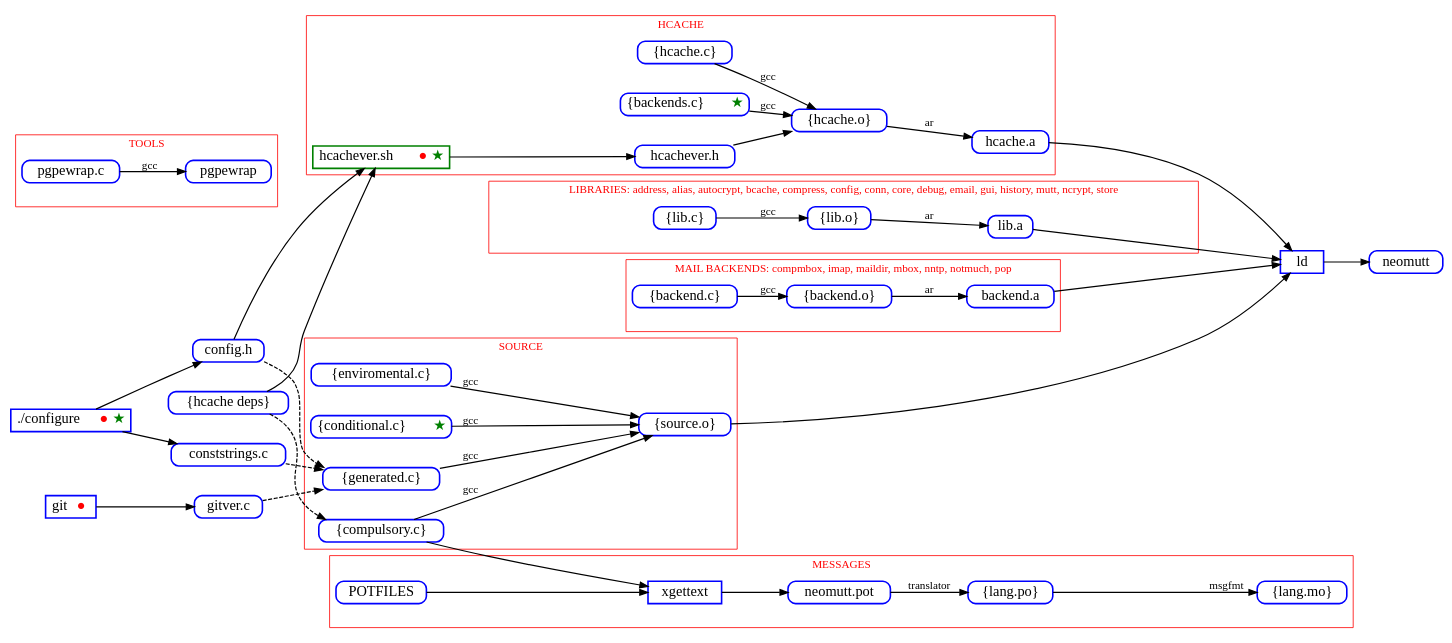
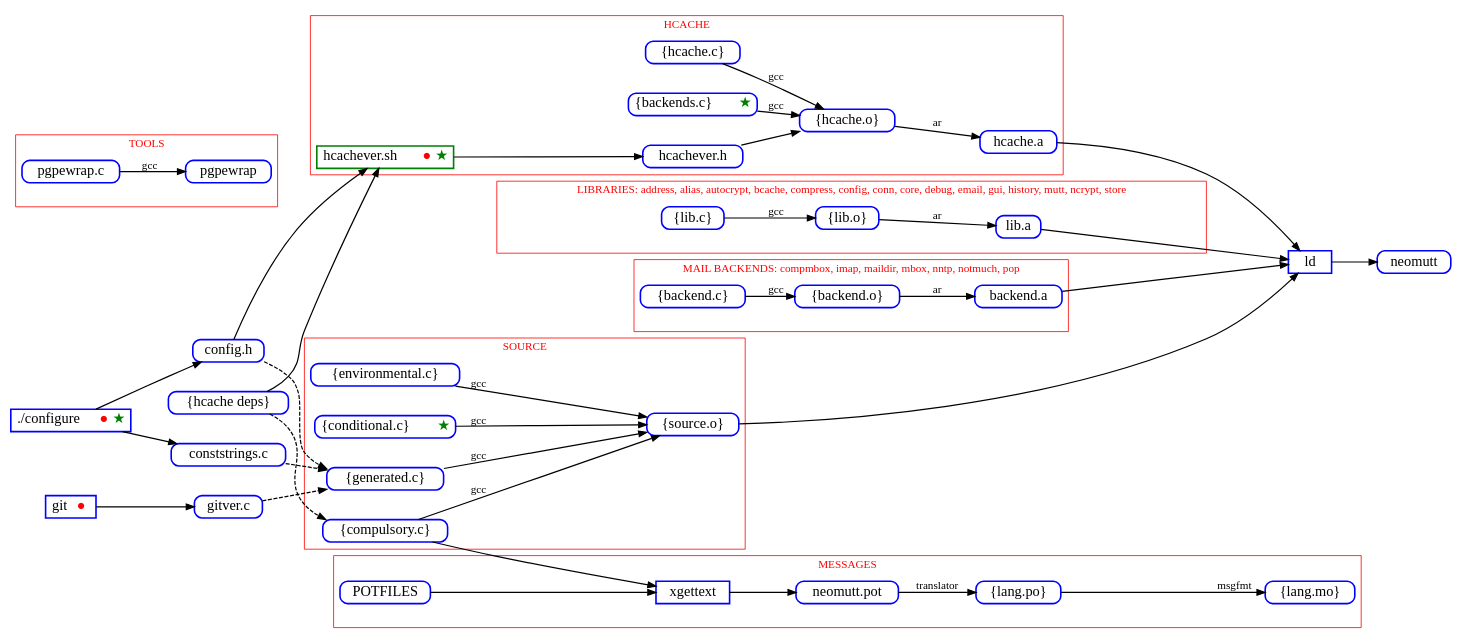
One commit to neomutt/neomutt.github.io changed the diagram in images/make-code.gv. Above: the diagram before and after it, drawn with Graphviz. The commit also changed 16 other files, not shown here.

```diff
--- a/images/make-code.gv
+++ b/images/make-code.gv
@@ -1,141 +1,141 @@
 digraph build {
 	graph [
 		rankdir="LR"
 		nodesep="0.5"
 		ranksep="0.3"
 	];
 
 	node [
 		shape="Mrecord"
 		style="solid"
 		height="0.2"
 		penwidth="2.0"
 		color="blue"
 		fontcolor="black"
 		fontsize="18"
 	];
 
 	edge [
 		penwidth="1.5"
 		color="#000000"
 		arrowsize="1.0"
 	];
 
 
 	config_h         [ label="config.h"            ]
 	conststrings_c   [ label="conststrings.c"      ]
 	gitver_c         [ label="gitver.c"            ]
 	mutt_h           [ label="\{hcache deps\}"     ]
 
 	dot_configure [ label=<./configure <font color="red">●</font><font color="green">★</font>> shape="box" ]
 	git           [ label=<git <font color="red">●</font>> shape="box" ]
 	ld_mutt       [ label="ld" shape="box" ]
 
 	lots_obj -> ld_mutt
 	ld_mutt -> neomutt
 
 	dot_configure -> config_h
 	config_h -> generated [ style="dashed" ]
 
 	dot_configure -> conststrings_c
 	conststrings_c -> generated [ style="dashed" ]
 
 	git -> gitver_c
 	gitver_c -> generated [ style="dashed" ]
 
 	config_h -> hcachever_sh
 	mutt_h -> hcachever_sh
 	mutt_h -> compulsory [ style="dashed" ]
 
 	subgraph cluster_libraries {
 		fontcolor="red"
 		label="LIBRARIES: address, alias, autocrypt, bcache, compress, config, conn, core, debug, email, gui, history, mutt, ncrypt, store"
 		color="#ff0000"
 
 		lots_lib_c [ label="\{lib.c\}" ]
 		lots_lib_o [ label="\{lib.o\}" ]
 		lib_a      [ label="lib.a" ]
 
 		lots_lib_c -> lots_lib_o [ label="gcc" ]
 		lots_lib_o -> lib_a      [ label="ar" ]
 	}
 
 	subgraph cluster_backends {
 		fontcolor="red"
 		label="MAIL BACKENDS: compmbox, imap, maildir, mbox, nntp, notmuch, pop"
 		color="#ff0000"
 
 		lots_backend_c [ label="\{backend.c\}" ]
 		lots_backend_o [ label="\{backend.o\}" ]
 		backend_a      [ label="backend.a"  ]
 
 		lots_backend_c -> lots_backend_o [ label="gcc" ]
 		lots_backend_o -> backend_a      [ label="ar" ]
 	}
 
 	subgraph cluster_hcache {
 		fontcolor="red"
 		label="HCACHE"
 		color="#ff0000"
 
 		lots_hcache_c [ label="\{hcache.c\}"                                                                                  ]
 		lots_hcache_o [ label="\{hcache.o\}"                                                                                  ]
 		backends_c    [ label=<\{backends.c\} <font color="green">★</font>>                                                   ]
 		hcachever_h   [ label="hcachever.h"                                                                                   ]
 		hcachever_sh  [ label=<hcachever.sh <font color="red">●</font><font color="green">★</font>> color="green" shape="box" ]
 		hcache_a      [ label="hcache.a"                                                                                      ]
 
 		hcachever_sh  -> hcachever_h
 		hcachever_h   -> lots_hcache_o
 		backends_c    -> lots_hcache_o [ label="gcc" ]
 		lots_hcache_c -> lots_hcache_o [ label="gcc" ]
 		lots_hcache_o -> hcache_a      [ label="ar"  ]
 	}
 
 	subgraph cluster_source {
 		fontcolor="red"
 		label="SOURCE"
 		color="#ff0000"
 
-		compulsory   [ label="\{compulsory.c\}"                               ]
-		conditional  [ label=<\{conditional.c\} <font color="green">★</font>> ]
-		enviromental [ label="\{enviromental.c\}"                             ]
-		generated    [ label="\{generated.c\}"                                ]
-		lots_obj     [ label="\{source.o\}"                                   ]
+		compulsory    [ label="\{compulsory.c\}"                               ]
+		conditional   [ label=<\{conditional.c\} <font color="green">★</font>> ]
+		environmental [ label="\{environmental.c\}"                            ]
+		generated     [ label="\{generated.c\}"                                ]
+		lots_obj      [ label="\{source.o\}"                                   ]
 
 		compulsory   -> lots_obj [ label="gcc" ]
 		conditional  -> lots_obj [ label="gcc" ]
-		enviromental -> lots_obj [ label="gcc" ]
+		environmental -> lots_obj [ label="gcc" ]
 		generated    -> lots_obj [ label="gcc" ]
 	}
 
 	subgraph cluster_messages {
 		fontcolor="red"
 		label="MESSAGES"
 		color="#ff0000"
 
 		lots_mo          [ label="\{lang.mo\}"          ]
 		lots_po          [ label="\{lang.po\}"          ]
 		neomutt_pot      [ label="neomutt.pot"          ]
 		xgettext         [ label="xgettext" shape="box" ]
 
 		POTFILES         -> xgettext
 		compulsory       -> xgettext
 		xgettext         -> neomutt_pot
 		neomutt_pot      -> lots_po [ label="translator" ]
 		lots_po          -> lots_mo [ label="msgfmt" ]
 	}
 
 	subgraph cluster_tools {
 		fontcolor="red"
 		label="TOOLS"
 		color="#ff0000"
 
 		pgpewrap_src [ label="pgpewrap.c" ]
 		pgpewrap_src -> pgpewrap [ label="gcc" ]
 	}
 
 	hcache_a  -> ld_mutt
 	lib_a     -> ld_mutt
 	backend_a -> ld_mutt
 }
```
